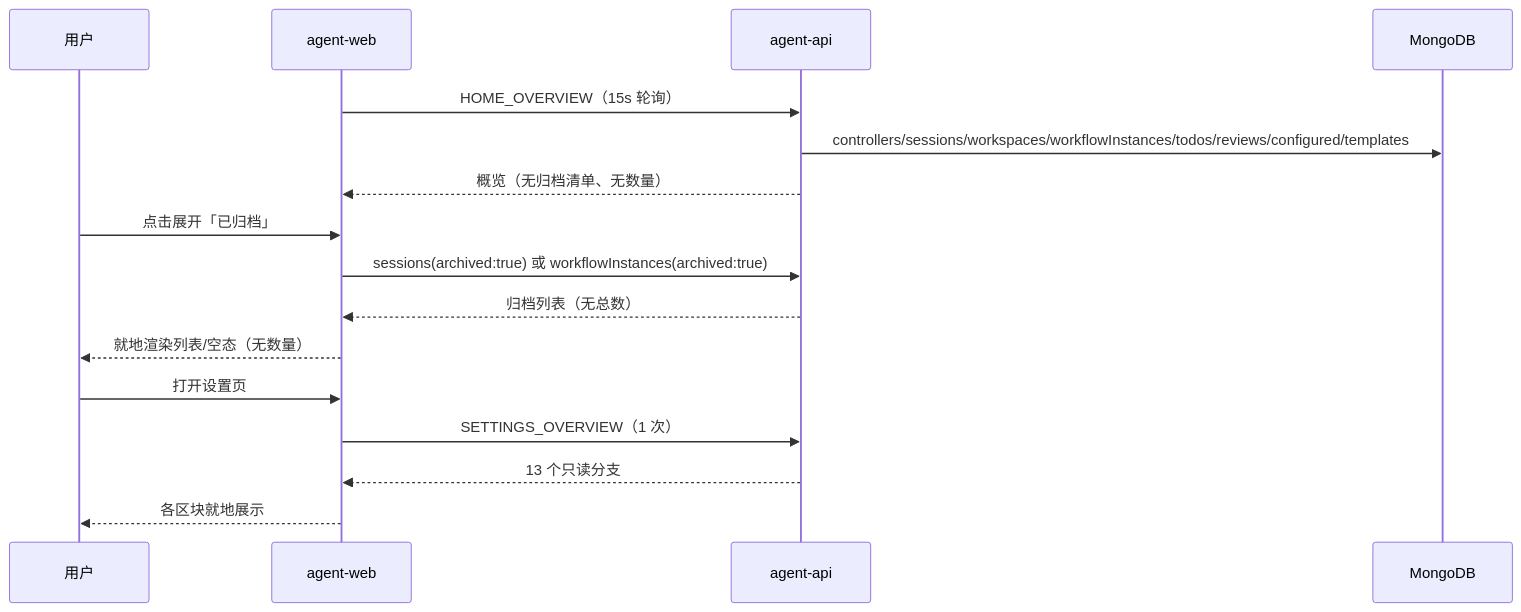
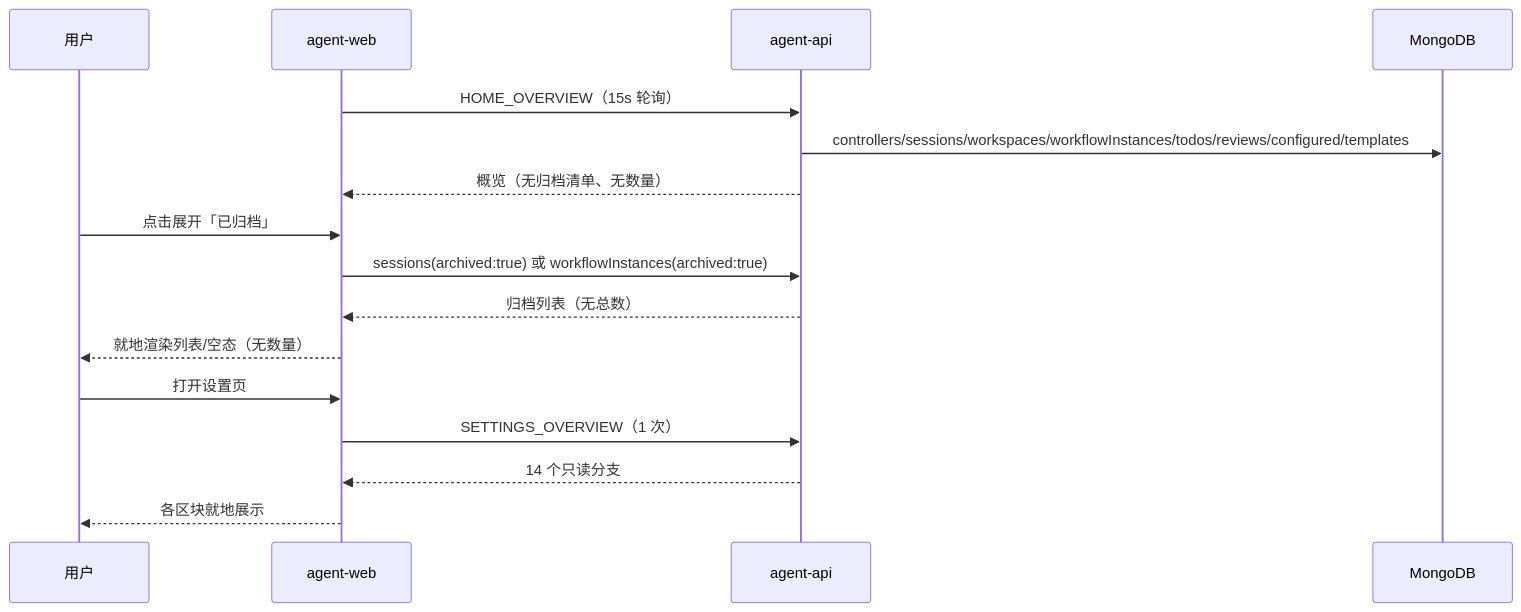
Before and after one commit to Deliay/z-agent-gear: the second of 2 diagrams in docs/engineering/proposals/20261126-feat-api-performance-optimization.md, drawn with Mermaid. The commit also changed other lines of this file and 4 other files, not shown here.

````diff
--- a/docs/engineering/proposals/20261126-feat-api-performance-optimization.md
+++ b/docs/engineering/proposals/20261126-feat-api-performance-optimization.md
@@ -231,19 +231,19 @@
 ```mermaid
 sequenceDiagram
     participant U as 用户
     participant W as agent-web
     participant A as agent-api
     participant D as MongoDB
 
     W->>A: HOME_OVERVIEW（15s 轮询）
     A->>D: controllers/sessions/workspaces/workflowInstances/todos/reviews/configured/templates
     A-->>W: 概览（无归档清单、无数量）
     U->>W: 点击展开「已归档」
     W->>A: sessions(archived:true) 或 workflowInstances(archived:true)
     A-->>W: 归档列表（无总数）
     W-->>U: 就地渲染列表/空态（无数量）
     U->>W: 打开设置页
     W->>A: SETTINGS_OVERVIEW（1 次）
-    A-->>W: 13 个只读分支
+    A-->>W: 14 个只读分支
     W-->>U: 各区块就地展示
 ```
````
